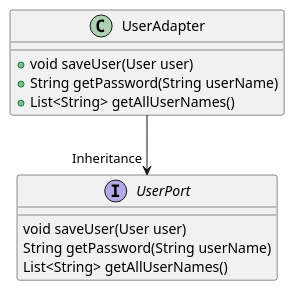
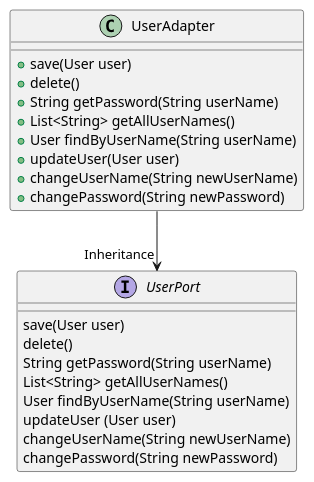
The diagram in uml/schichten_analyse/adapter_schicht_1.puml (mohjohfox/cli-sudoku), drawn with PlantUML before and after one commit. The commit also changed 15 other files, not shown here.

```diff
--- a/uml/schichten_analyse/adapter_schicht_1.puml
+++ b/uml/schichten_analyse/adapter_schicht_1.puml
@@ -1,15 +1,25 @@
 @startuml
 interface UserPort {
-   void saveUser(User user)
+   save(User user)
+   delete()
    String getPassword(String userName)
    List<String> getAllUserNames()
+   User findByUserName(String userName)
+   updateUser (User user)
+   changeUserName(String newUserName)
+   changePassword(String newPassword)
 }
 
-class UserAdapter {
-   + void saveUser(User user)
-   + String getPassword(String userName)
-   + List<String> getAllUserNames()
+class UserAdapter{
++save(User user)
++delete()
++String getPassword(String userName)
++List<String> getAllUserNames()
++User findByUserName(String userName)
++updateUser(User user)
++changeUserName(String newUserName)
++changePassword(String newPassword)
 }
 
 UserAdapter--> "Inheritance" UserPort
 @enduml
```
